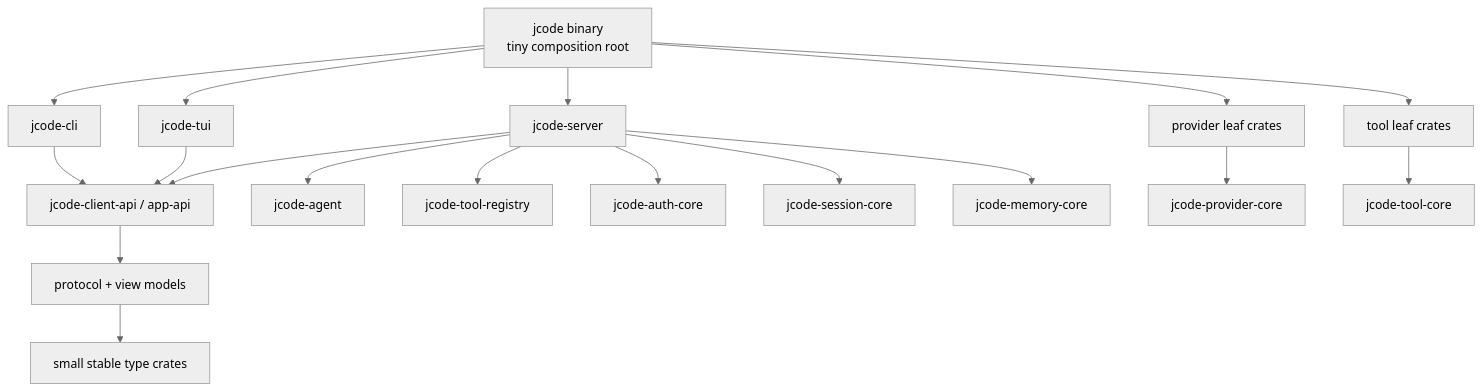
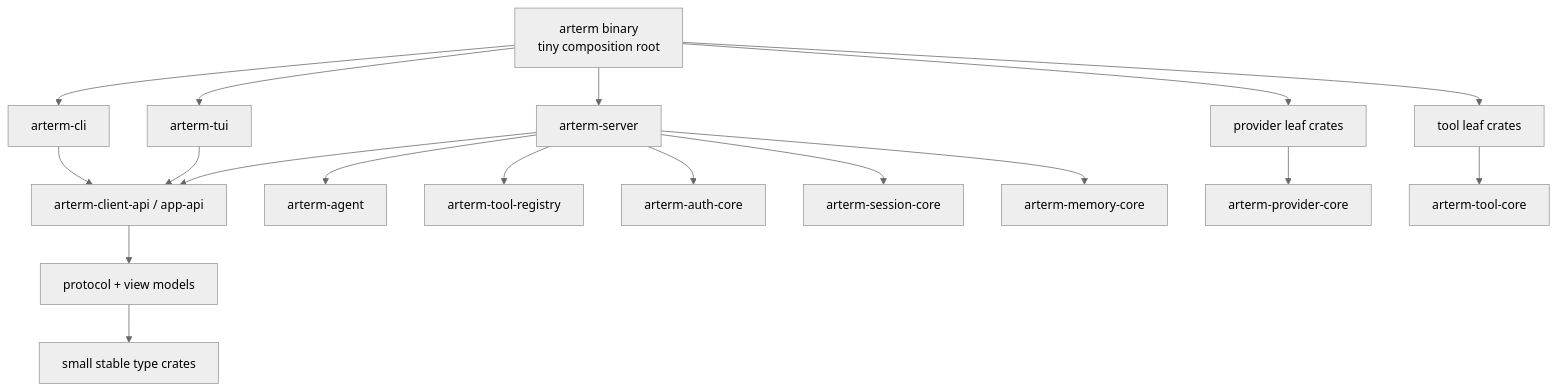
Before and after one commit to Arclude/Arterm-CLI: the second of 2 diagrams in rust/docs/COMPILE_TIME_ISOLATION_REFACTOR.md, drawn with Mermaid (neutral theme). The commit also changed other lines of this file and 2555 other files, not shown here.

First line of the commit message:
rebrand: jcode -> Arterm across the forked tree

````diff
--- a/rust/docs/COMPILE_TIME_ISOLATION_REFACTOR.md
+++ b/rust/docs/COMPILE_TIME_ISOLATION_REFACTOR.md
@@ -72,24 +72,24 @@
 ```mermaid
 graph TD
-    bin["jcode binary\ntiny composition root"] --> cli["jcode-cli"]
-    bin --> tui["jcode-tui"]
-    bin --> server["jcode-server"]
+    bin["arterm binary\ntiny composition root"] --> cli["arterm-cli"]
+    bin --> tui["arterm-tui"]
+    bin --> server["arterm-server"]
     bin --> providers["provider leaf crates"]
     bin --> tools["tool leaf crates"]
 
-    cli --> api["jcode-client-api / app-api"]
+    cli --> api["arterm-client-api / app-api"]
     tui --> api
     server --> api
 
     api --> protocol["protocol + view models"]
     protocol --> types["small stable type crates"]
 
-    server --> agent["jcode-agent"]
-    server --> registry["jcode-tool-registry"]
-    server --> auth["jcode-auth-core"]
-    server --> session["jcode-session-core"]
-    server --> memory["jcode-memory-core"]
+    server --> agent["arterm-agent"]
+    server --> registry["arterm-tool-registry"]
+    server --> auth["arterm-auth-core"]
+    server --> session["arterm-session-core"]
+    server --> memory["arterm-memory-core"]
 
-    providers --> provider_core["jcode-provider-core"]
-    tools --> tool_core["jcode-tool-core"]
+    providers --> provider_core["arterm-provider-core"]
+    tools --> tool_core["arterm-tool-core"]
 ```
````
